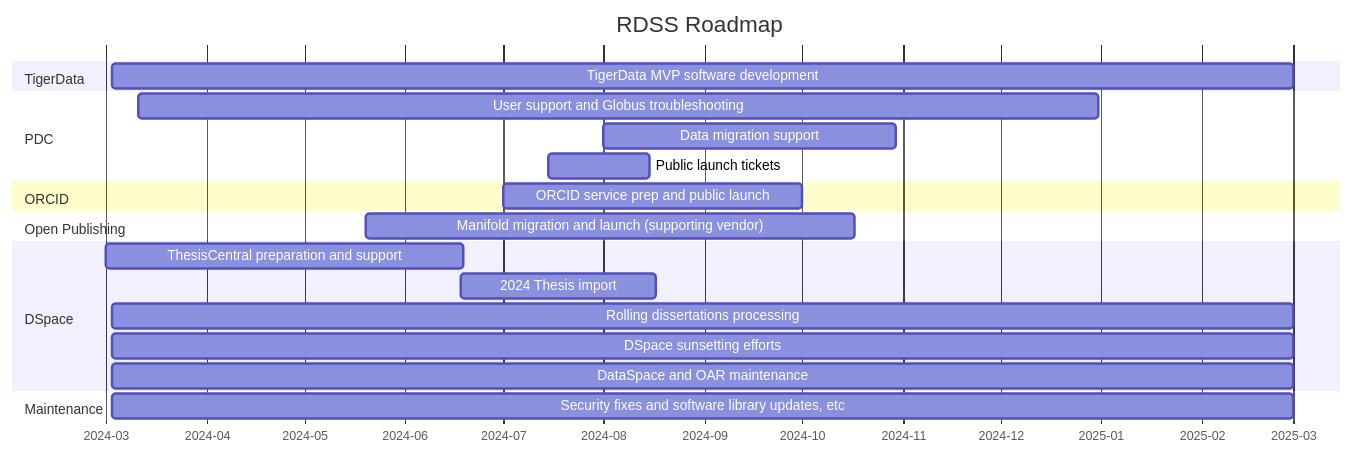
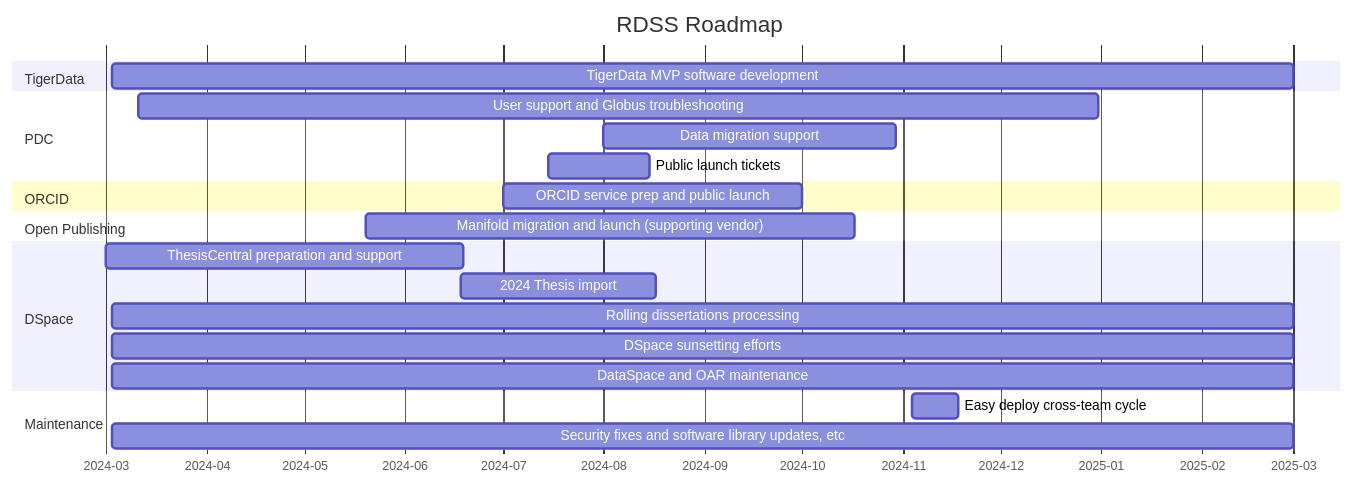
One commit to pulibrary/rdss-handbook changed the diagram in roadmap.md. Above: the diagram before and after it, drawn with Mermaid.

Commit message:
Added easy deploy cycle to roadmap (#289)

````diff
--- a/roadmap.md
+++ b/roadmap.md
@@ -5,24 +5,25 @@
 ```mermaid
 gantt
     title RDSS Roadmap
     axisFormat  %Y-%m
     dateformat YYYY-MM
     section TigerData
     TigerData MVP software development: td1,2024-03-03,363d
     section PDC
     User support and Globus troubleshooting: pd1,2024-03-11,295d
     Data migration support: pd2, 2024-08-01,90d
     Public launch tickets: pd3,2024-07-15,31d
     section ORCID
     ORCID service prep and public launch: or1,2024-07-01,92d
     section Open Publishing
     Manifold migration and launch (supporting vendor): op1,2024-05-20,150d
     section DSpace
     ThesisCentral preparation and support: dsp1,2024-03-01,110d
     2024 Thesis import: dsp2,2024-06-18,60d
     Rolling dissertations processing: dsp3,2024-03-03,363d
     DSpace sunsetting efforts: dsp4,2024-03-03,363d
     DataSpace and OAR maintenance: dsp5,2024-03-03,363d
     section Maintenance
-    Security fixes and software library updates, etc: man1,2024-03-03,363d
+    Easy deploy cross-team cycle: man1, 2024-11-04, 14d
+    Security fixes and software library updates, etc: man2,2024-03-03,363d
 ```
````
